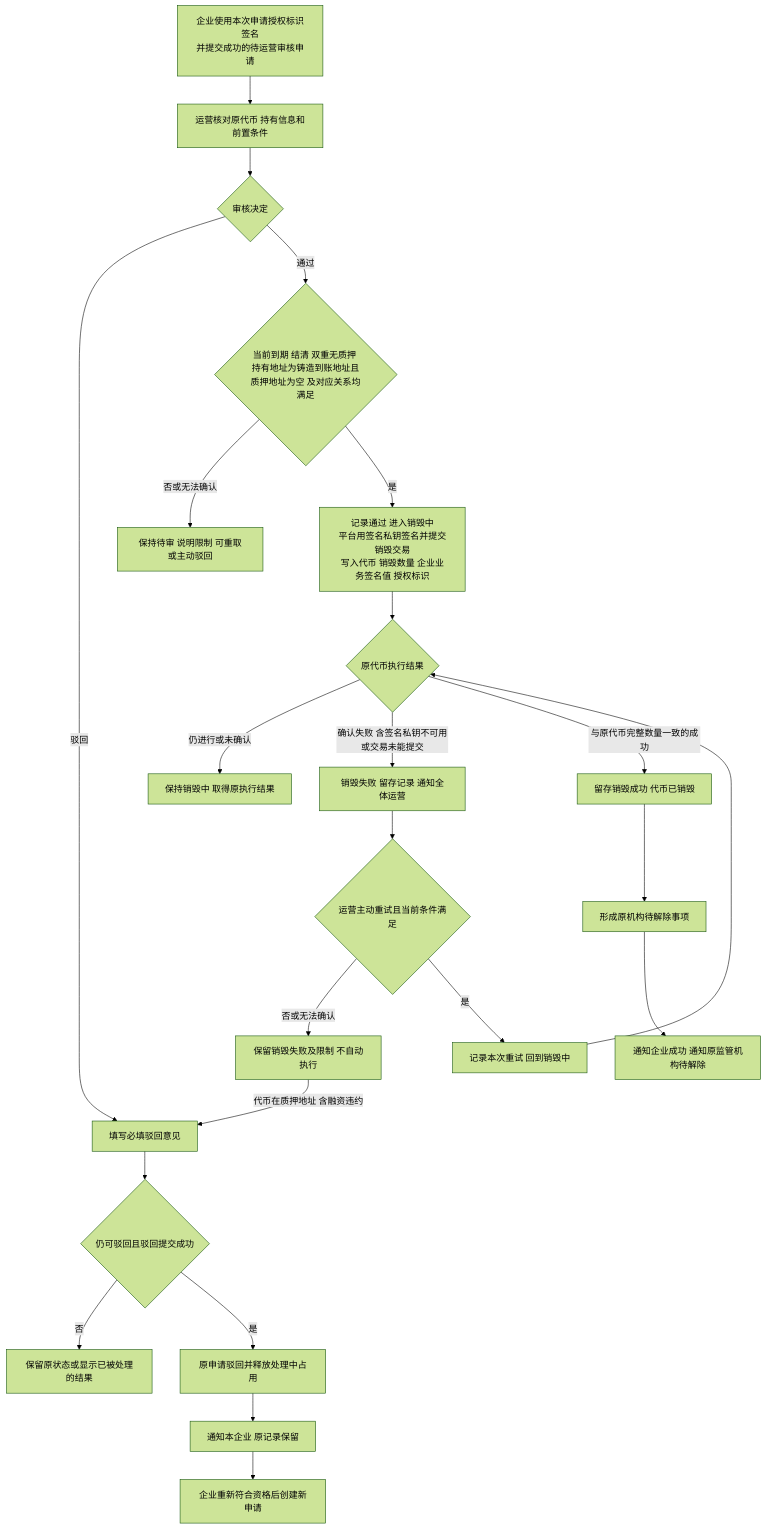
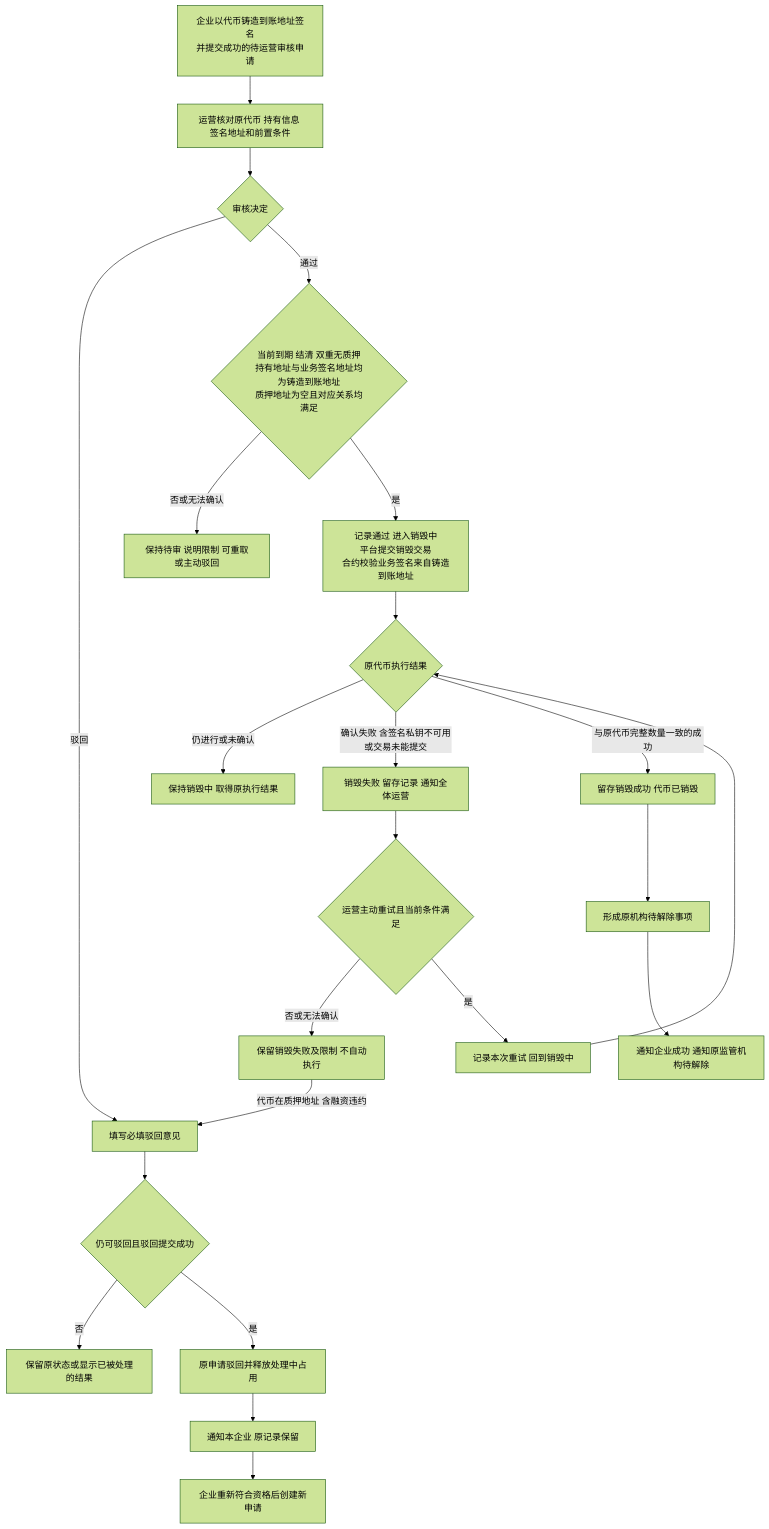
One commit to wxblockchain/Chain-Financing changed the first of 5 diagrams in token-issuance-platform/PRD/管理端/M4b-销毁审核与解除质押/02-销毁审核与解除质押-流程图与状态机.md. Above: the diagram before and after it, drawn with Mermaid (forest theme). The commit also changed other lines of this file and 11 other files, not shown here.

````diff
--- a/token-issuance-platform/PRD/管理端/M4b-销毁审核与解除质押/02-销毁审核与解除质押-流程图与状态机.md
+++ b/token-issuance-platform/PRD/管理端/M4b-销毁审核与解除质押/02-销毁审核与解除质押-流程图与状态机.md
@@ -18,25 +18,25 @@
 ```mermaid
 flowchart TD
-    A[企业使用本次申请授权标识签名<br/>并提交成功的待运营审核申请] --> B[运营核对原代币 持有信息和前置条件]
+    A[企业以代币铸造到账地址签名<br/>并提交成功的待运营审核申请] --> B[运营核对原代币 持有信息 签名地址和前置条件]
     B --> C{审核决定}
     C -->|驳回| D[填写必填驳回意见]
     D --> E{仍可驳回且驳回提交成功}
     E -->|否| F[保留原状态或显示已被处理的结果]
     E -->|是| G[原申请驳回并释放处理中占用]
     G --> H[通知本企业 原记录保留]
     H --> I[企业重新符合资格后创建新申请]
-    C -->|通过| J{当前到期 结清 双重无质押 持有地址为铸造到账地址且质押地址为空 及对应关系均满足}
+    C -->|通过| J{当前到期 结清 双重无质押<br/>持有地址与业务签名地址均为铸造到账地址<br/>质押地址为空且对应关系均满足}
     J -->|否或无法确认| K[保持待审 说明限制 可重取或主动驳回]
-    J -->|是| L[记录通过 进入销毁中<br/>平台用签名私钥签名并提交销毁交易<br/>写入代币 销毁数量 企业业务签名值 授权标识]
+    J -->|是| L[记录通过 进入销毁中<br/>平台提交销毁交易<br/>合约校验业务签名来自铸造到账地址]
     L --> M{原代币执行结果}
     M -->|仍进行或未确认| N[保持销毁中 取得原执行结果]
     M -->|确认失败 含签名私钥不可用或交易未能提交| O[销毁失败 留存记录 通知全体运营]
     O --> P{运营主动重试且当前条件满足}
     P -->|否或无法确认| Q[保留销毁失败及限制 不自动执行]
     Q -->|代币在质押地址 含融资违约| D
     P -->|是| R[记录本次重试 回到销毁中]
     R --> M
     M -->|与原代币完整数量一致的成功| S[留存销毁成功 代币已销毁]
     S --> T[形成原机构待解除事项]
     T --> U[通知企业成功 通知原监管机构待解除]
 ```
````
